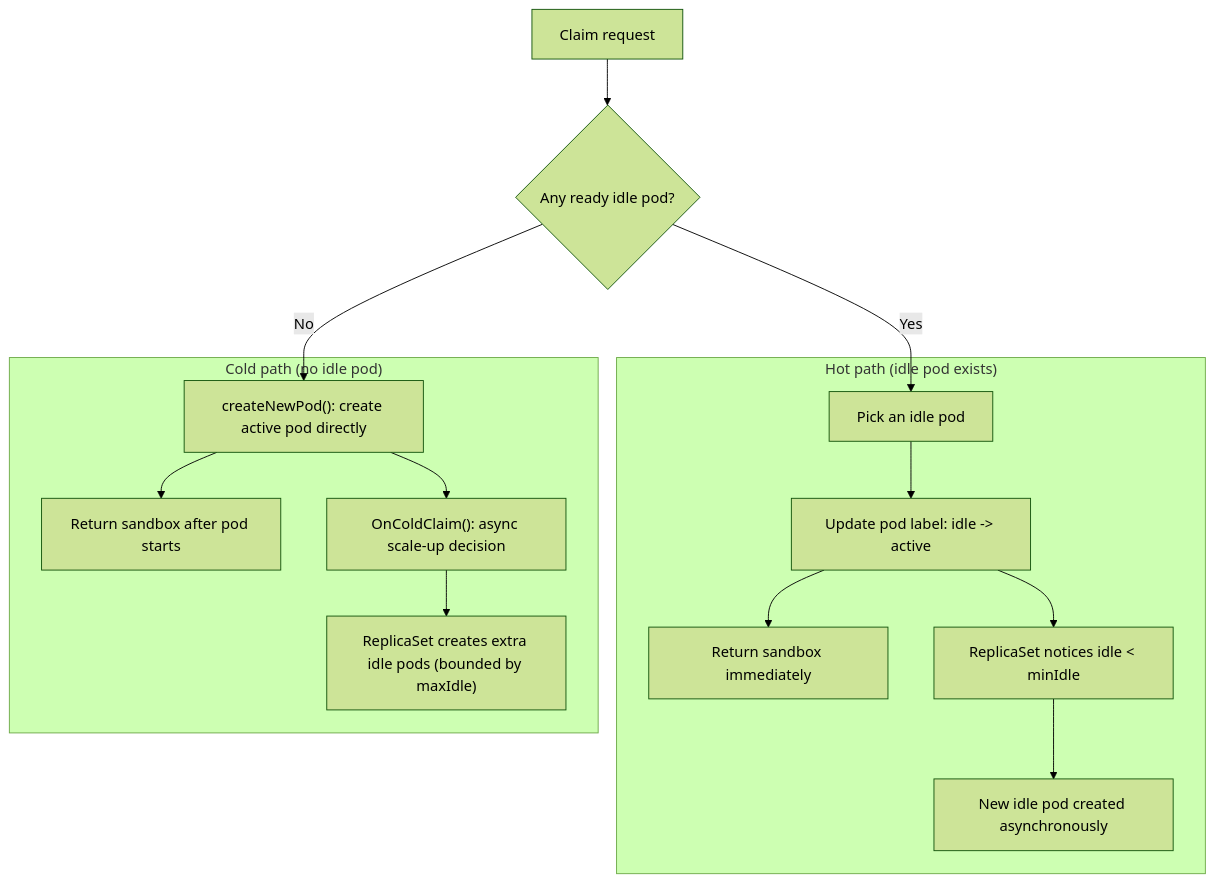
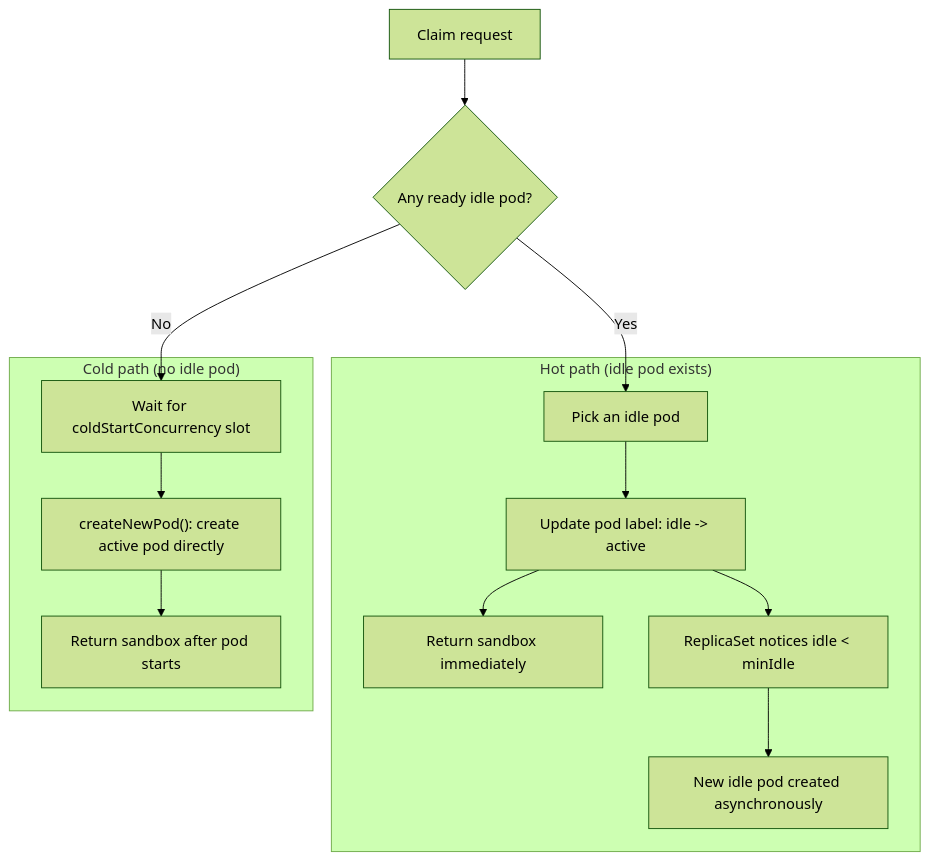
One commit to sandbox0-ai/sandbox0 changed the diagram in docs/template/pool/page.mdx. Above: the diagram before and after it, drawn with Mermaid (forest theme). The commit also changed other lines of this file and 19 other files, not shown here.

````diff
--- a/docs/template/pool/page.mdx
+++ b/docs/template/pool/page.mdx
@@ -7,27 +7,25 @@
 ```mermaid
 flowchart TB
     req["Claim request"]
     check{"Any ready idle pod?"}
 
     subgraph hot["Hot path (idle pod exists)"]
         pick["Pick an idle pod"]
         flip["Update pod label: idle -> active"]
         sb1["Return sandbox immediately"]
         rs1["ReplicaSet notices idle < minIdle"]
         idle1["New idle pod created asynchronously"]
     end
 
     subgraph cold["Cold path (no idle pod)"]
+        slot["Wait for coldStartConcurrency slot"]
         create["createNewPod(): create active pod directly"]
         sb2["Return sandbox after pod starts"]
-        scale["OnColdClaim(): async scale-up decision"]
-        idle2["ReplicaSet creates extra idle pods (bounded by maxIdle)"]
     end
 
     req --> check
     check -->|Yes| pick --> flip --> sb1
     flip --> rs1 --> idle1
 
-    check -->|No| create --> sb2
-    create --> scale --> idle2
+    check -->|No| slot --> create --> sb2
 ```
````
